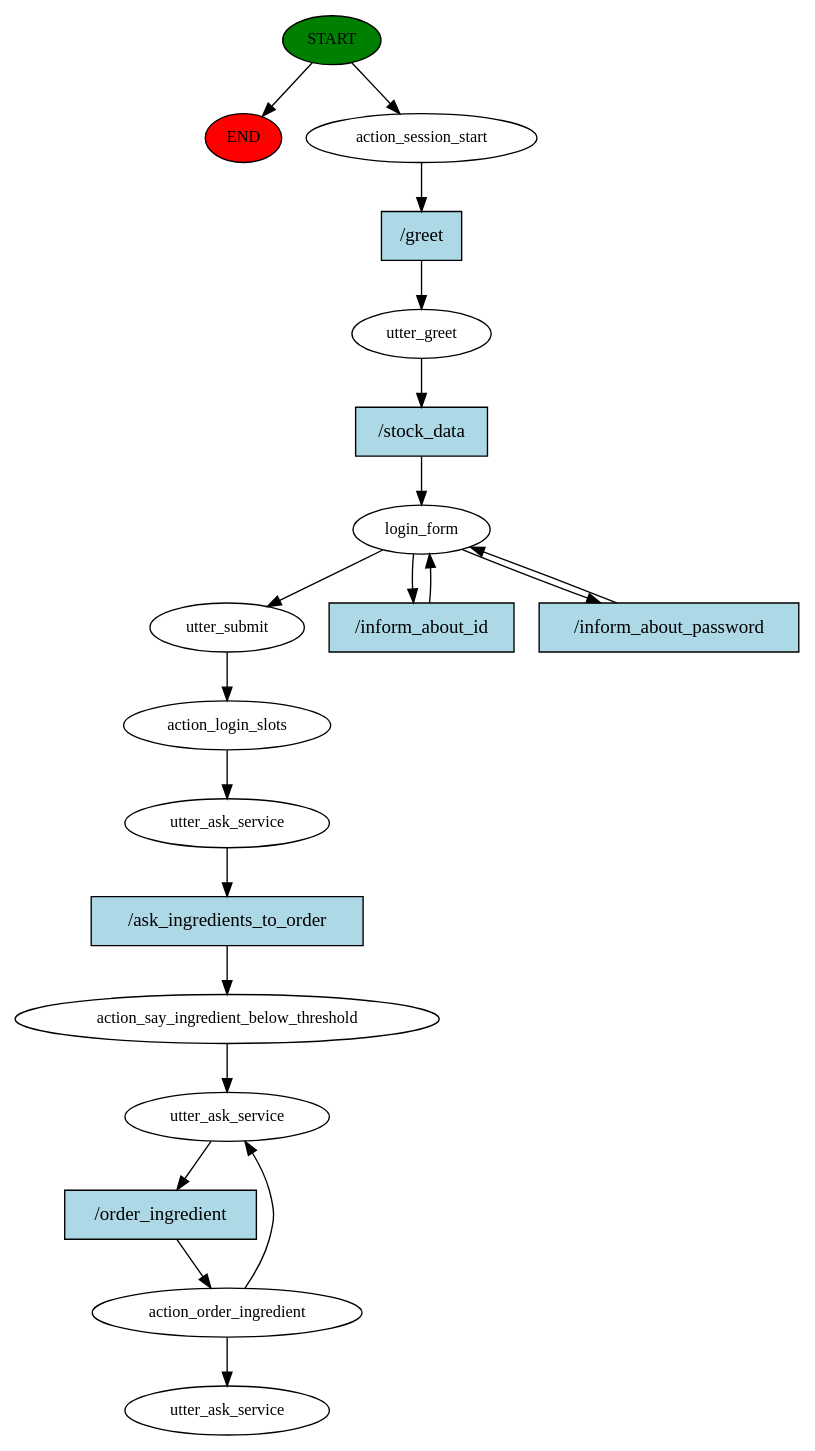
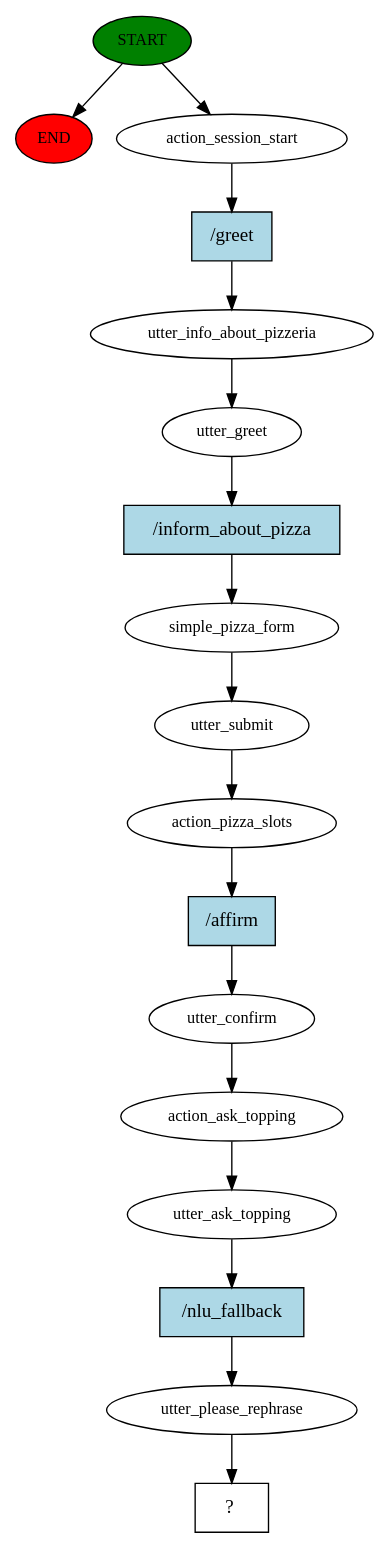
The diagram in story_graph.dot (EdoardoMaines/HumanMachineDialogue-RASA), drawn with Graphviz before and after one commit. The commit also changed 7 other files, not shown here.

```diff
--- a/story_graph.dot
+++ b/story_graph.dot
@@ -1,40 +1,35 @@
 digraph  {
 0 [class="start active", fillcolor=green, fontsize=12, label=START, style=filled];
 "-1" [class=end, fillcolor=red, fontsize=12, label=END, style=filled];
 1 [class=active, fontsize=12, label=action_session_start];
-2 [class=active, fontsize=12, label=utter_greet];
-3 [class=active, fontsize=12, label=login_form];
-6 [class=active, fontsize=12, label=utter_submit];
-7 [class=active, fontsize=12, label=action_login_slots];
-8 [class=active, fontsize=12, label=utter_ask_service];
-9 [class=active, fontsize=12, label=action_say_ingredient_below_threshold];
-10 [class=active, fontsize=12, label=utter_ask_service];
-11 [class=active, fontsize=12, label=action_order_ingredient];
-14 [class="dashed active", fontsize=12, label=utter_ask_service];
-15 [class="intent active", fillcolor=lightblue, label="/greet", shape=rect, style=filled];
-16 [class="intent active", fillcolor=lightblue, label="/stock_data", shape=rect, style=filled];
-17 [class="intent active", fillcolor=lightblue, label="/inform_about_id", shape=rect, style=filled];
-18 [class="intent active", fillcolor=lightblue, label="/inform_about_password", shape=rect, style=filled];
-19 [class="intent active", fillcolor=lightblue, label="/ask_ingredients_to_order", shape=rect, style=filled];
-20 [class="intent active", fillcolor=lightblue, label="/order_ingredient", shape=rect, style=filled];
+2 [class=active, fontsize=12, label=utter_info_about_pizzeria];
+3 [class=active, fontsize=12, label=utter_greet];
+4 [class=active, fontsize=12, label=simple_pizza_form];
+5 [class=active, fontsize=12, label=utter_submit];
+6 [class=active, fontsize=12, label=action_pizza_slots];
+7 [class=active, fontsize=12, label=utter_confirm];
+8 [class=active, fontsize=12, label=action_ask_topping];
+9 [class=active, fontsize=12, label=utter_ask_topping];
+10 [class=active, fontsize=12, label=utter_please_rephrase];
+11 [class="intent dashed active", label="  ?  ", shape=rect];
+12 [class="intent active", fillcolor=lightblue, label="/greet", shape=rect, style=filled];
+13 [class="intent active", fillcolor=lightblue, label="/inform_about_pizza", shape=rect, style=filled];
+14 [class="intent active", fillcolor=lightblue, label="/affirm", shape=rect, style=filled];
+15 [class="intent active", fillcolor=lightblue, label="/nlu_fallback", shape=rect, style=filled];
 0 -> "-1"  [class="", key=NONE, label=""];
 0 -> 1  [class=active, key=NONE, label=""];
-1 -> 15  [class=active, key=0];
-2 -> 16  [class=active, key=0];
-3 -> 6  [class=active, key=NONE, label=""];
-3 -> 17  [class=active, key=0];
-3 -> 18  [class=active, key=0];
-6 -> 7  [class=active, key=NONE, label=""];
+1 -> 12  [class=active, key=0];
+2 -> 3  [class=active, key=NONE, label=""];
+3 -> 13  [class=active, key=0];
+4 -> 5  [class=active, key=NONE, label=""];
+5 -> 6  [class=active, key=NONE, label=""];
+6 -> 14  [class=active, key=0];
 7 -> 8  [class=active, key=NONE, label=""];
-8 -> 19  [class=active, key=0];
-9 -> 10  [class=active, key=NONE, label=""];
-10 -> 20  [class=active, key=0];
-11 -> 10  [class=active, key=NONE, label=""];
-11 -> 14  [class=active, key=NONE, label=""];
-15 -> 2  [class=active, key=0];
-16 -> 3  [class=active, key=0];
-17 -> 3  [class=active, key=0];
-18 -> 3  [class=active, key=0];
-19 -> 9  [class=active, key=0];
-20 -> 11  [class=active, key=0];
+8 -> 9  [class=active, key=NONE, label=""];
+9 -> 15  [class=active, key=0];
+10 -> 11  [class=active, key=NONE, label=""];
+12 -> 2  [class=active, key=0];
+13 -> 4  [class=active, key=0];
+14 -> 7  [class=active, key=0];
+15 -> 10  [class=active, key=0];
 }
```
